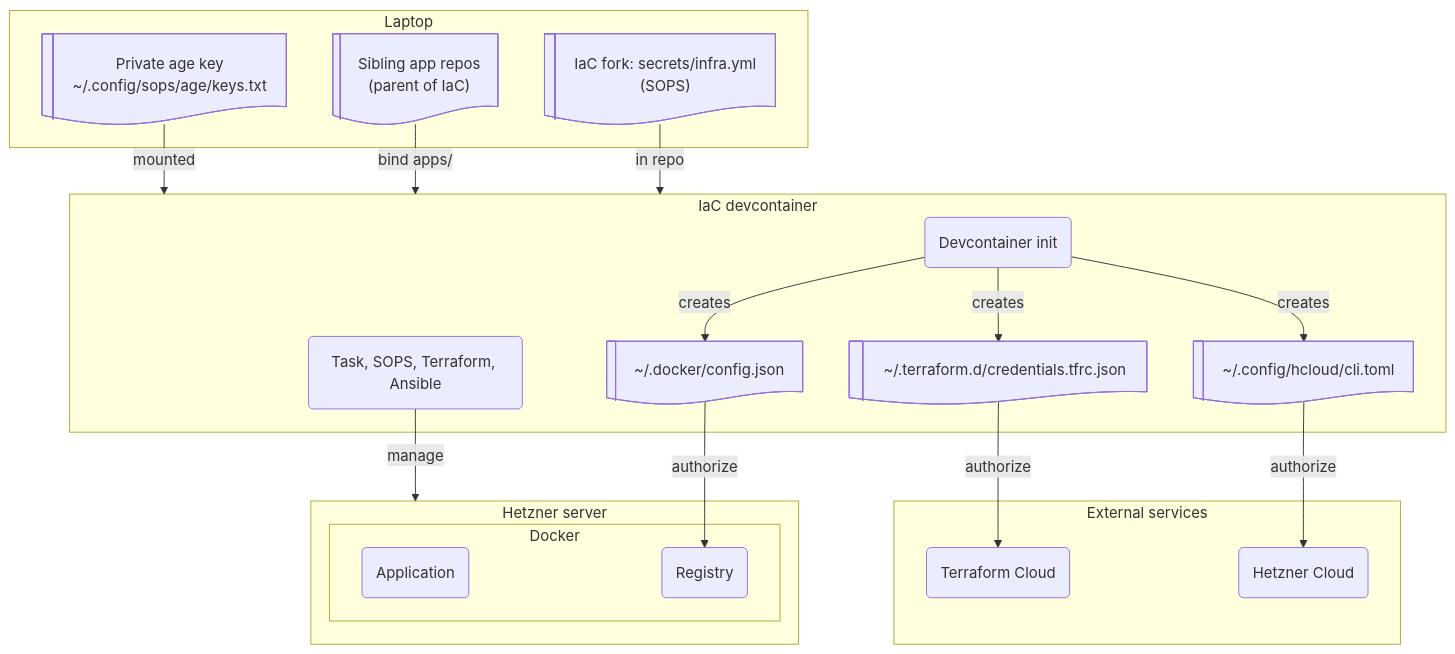
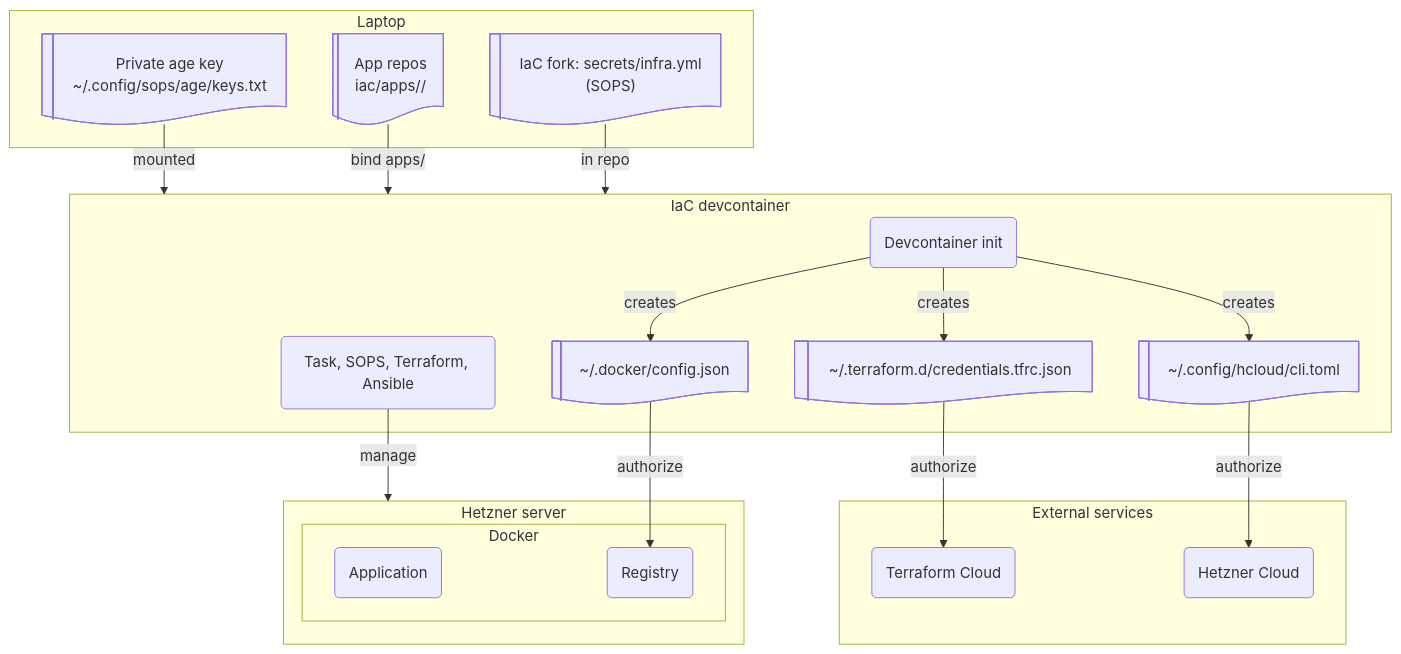
One commit to rednaw/iac changed the diagram in docs/launch-devcontainer.md. Above: the diagram before and after it, drawn with Mermaid. The commit also changed other lines of this file and 17 other files, not shown here.

````diff
--- a/docs/launch-devcontainer.md
+++ b/docs/launch-devcontainer.md
@@ -54,42 +54,42 @@
 ```mermaid
 flowchart TB
     subgraph HOST["Laptop"]
         SECRETS_KEY@{ shape: lin-doc, label: "Private age key<br/>~/.config/sops/age/keys.txt" }
-        APPS@{ shape: lin-doc, label: "Sibling app repos<br/>(parent of IaC)" }
+        APPS@{ shape: lin-doc, label: "App repos<br/>iac/apps/<name>/" }
         FORK_SEC@{ shape: lin-doc, label: "IaC fork: secrets/infra.yml<br/>(SOPS)" }
     end
 
     subgraph DEVCONTAINER["IaC devcontainer"]
         TOOLS(Task, SOPS, Terraform, Ansible)
         SETUP(Devcontainer init)
         DOCKER_CONFIG@{ shape: lin-doc, label: "~/.docker/config.json" }
         TF_CRED@{ shape: lin-doc, label: "~/.terraform.d/credentials.tfrc.json" }
         HCLOUD_CONFIG@{ shape: lin-doc, label: "~/.config/hcloud/cli.toml" }
     end
 
     subgraph EXTERNAL["External services"]
         TF_CLOUD(Terraform Cloud)
         HCLOUD(Hetzner Cloud)
     end
 
     subgraph SERVER["Hetzner server"]
       subgraph DOCKER[Docker]
         APP_SERVICE(Application)
         REGISTRY(Registry)
       end
     end
 
     SECRETS_KEY --->|mounted| DEVCONTAINER
     APPS --->|bind apps/| DEVCONTAINER
     FORK_SEC --->|in repo| DEVCONTAINER
 
     SETUP -->|creates| DOCKER_CONFIG
     SETUP -->|creates| TF_CRED
     SETUP -->|creates| HCLOUD_CONFIG
 
     TOOLS -->|manage| SERVER
 
     DOCKER_CONFIG -->|authorize| REGISTRY
     TF_CRED -->|authorize| TF_CLOUD
     HCLOUD_CONFIG -->|authorize| HCLOUD
 ```
````
